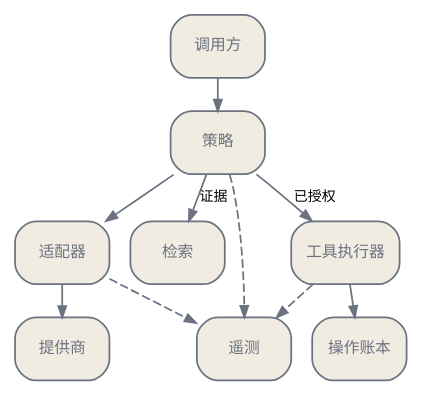
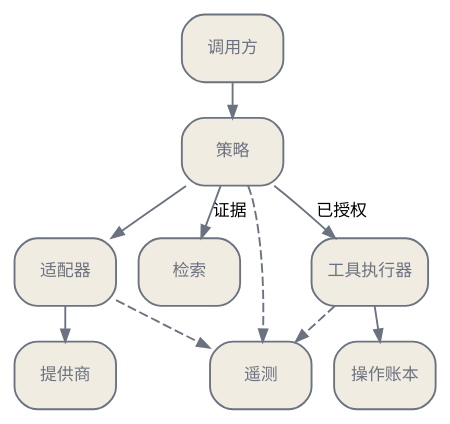
Before and after one commit to latere-ai/ai-as-an-infrastructure: the first of 2 diagrams in zh/practice/08-wiring-a-2026-stack.qmd, drawn with Graphviz. The commit also changed other lines of this file and 5 other files, not shown here.

````diff
--- a/zh/practice/08-wiring-a-2026-stack.qmd
+++ b/zh/practice/08-wiring-a-2026-stack.qmd
@@ -71,25 +53,25 @@
 ```{dot}
 //| label: fig-reference-arch
 //| fig-cap: "一套与厂商无关的集成架构。模型调用从调用方经过策略层和适配器进入提供商；工具提议沿着独立授权路径进入执行器和操作账本；检索与遥测仍是彼此独立的服务。"
 digraph {
-  bgcolor="transparent"; rankdir=TB; nodesep=0.16; ranksep=0.25; size="3.0,10";
+  bgcolor="transparent"; rankdir=TB; nodesep=0.16; ranksep=0.25;
   node [shape=box, style="rounded,filled", fontname="Helvetica", fontsize=9,
         color="#6b7280", fontcolor="#6b7280", fillcolor="#f1ece1"];
-  edge [fontname="Helvetica", fontsize=8, color="#6b7280", arrowsize=0.65];
+  edge [fontname="Helvetica", fontsize=9, color="#6b7280", arrowsize=0.65];
   caller [label="调用方"];
   policy [label="策略"];
   adapter [label="适配器"];
   provider [label="提供商"];
   retrieval [label="检索"];
   executor [label="工具执行器"];
   ledger [label="操作账本"];
   telemetry [label="遥测"];
   caller -> policy -> adapter -> provider;
   policy -> retrieval [label="证据"];
   policy -> executor [label="已授权"];
   executor -> ledger;
   policy -> telemetry [style=dashed];
   adapter -> telemetry [style=dashed];
   executor -> telemetry [style=dashed];
 }
 ```
````
